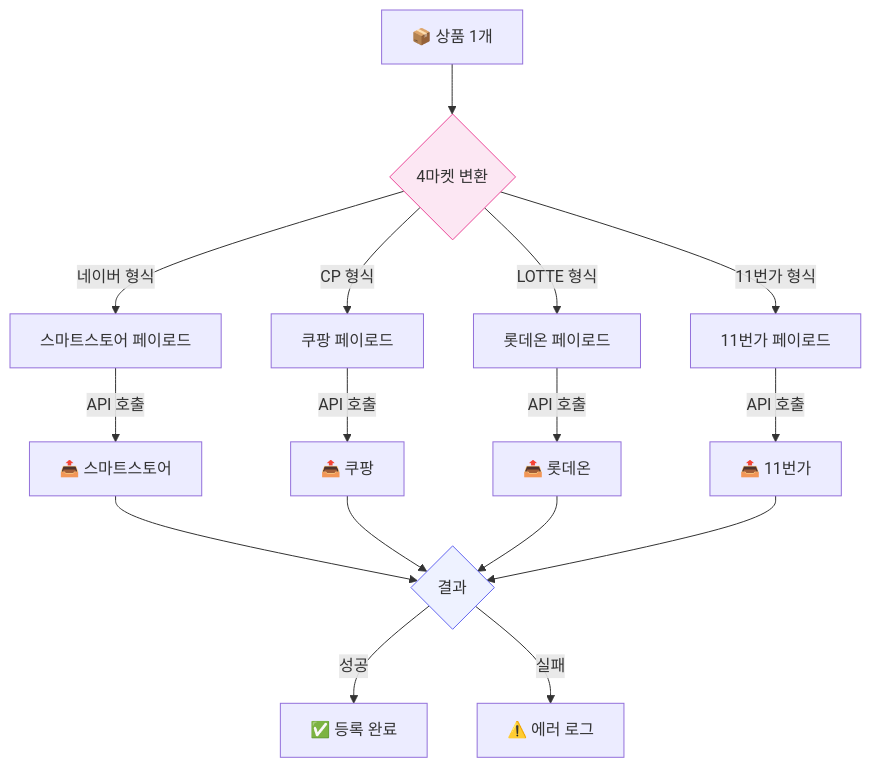
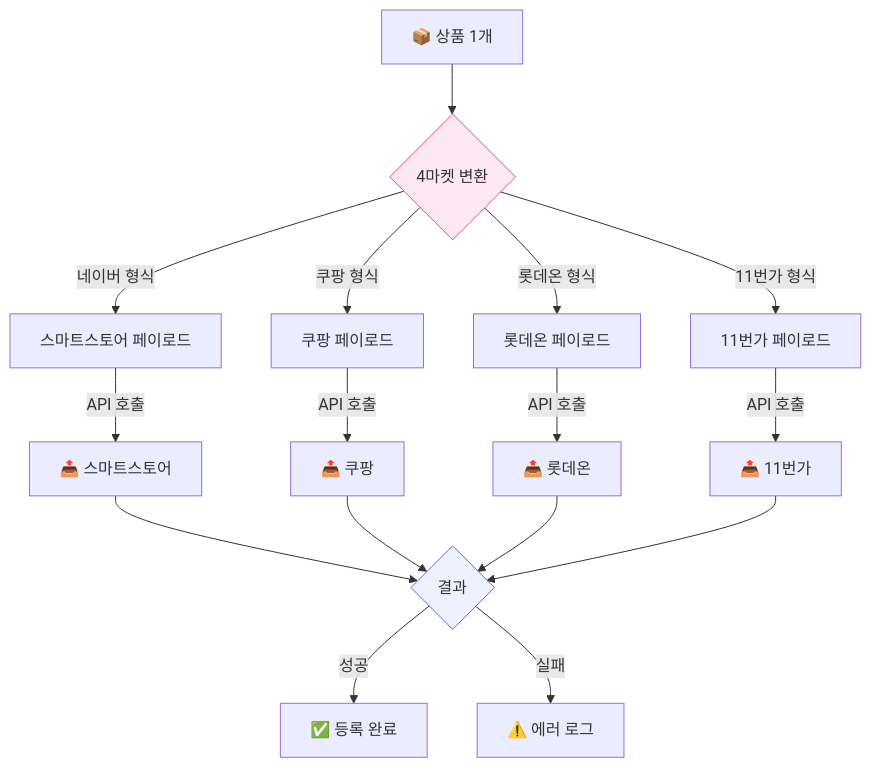
Before and after one commit to cksdud5785-design/lonit-manual: the fourth of 10 diagrams in docs/02-architecture.md, drawn with Mermaid. The commit also changed other lines of this file and 4 other files, not shown here.

First line of the commit message:
fix: mermaid 라벨 false positive 한국어 복원

````diff
--- a/docs/02-architecture.md
+++ b/docs/02-architecture.md
@@ -97,25 +97,25 @@
 ```mermaid
 flowchart TB
     P[📦 상품 1개] --> M{4마켓 변환}
     
     M -->|네이버 형식| MN[스마트스토어 페이로드]
-    M -->|CP 형식| MC[쿠팡 페이로드]
-    M -->|LOTTE 형식| ML[롯데온 페이로드]
+    M -->|쿠팡 형식| MC[쿠팡 페이로드]
+    M -->|롯데온 형식| ML[롯데온 페이로드]
     M -->|11번가 형식| ME[11번가 페이로드]
     
     MN -->|API 호출| AN[📤 스마트스토어]
     MC -->|API 호출| AC[📤 쿠팡]
     ML -->|API 호출| AL[📤 롯데온]
     ME -->|API 호출| AE[📤 11번가]
     
     AN --> R{결과}
     AC --> R
     AL --> R
     AE --> R
     
     R -->|성공| OK[✅ 등록 완료]
     R -->|실패| F[⚠️ 에러 로그]
     
     style M fill:#fce7f3,stroke:#ec4899
     style R fill:#eef2ff,stroke:#6366f1
 ```
````
